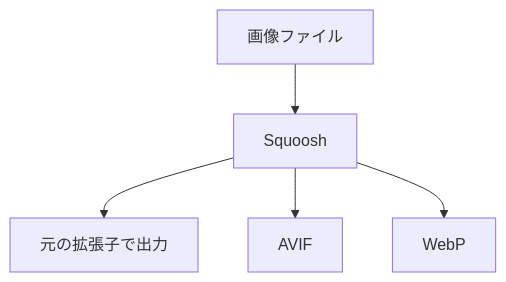
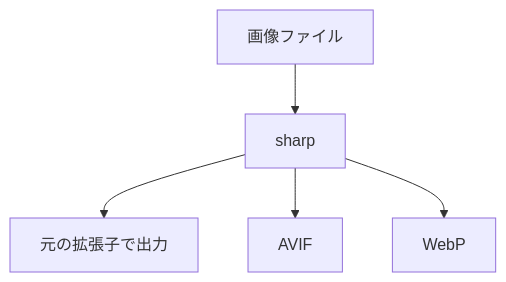
One commit to naoki-00-ito/image-conversion-multi-browser changed the diagram in README.md. Above: the diagram before and after it, drawn with Mermaid. The commit also changed other lines of this file and 13 other files, not shown here.

````diff
--- a/README.md
+++ b/README.md
@@ -6,7 +7,7 @@
 ```mermaid
 graph TD;
-    画像ファイル-->Squoosh;
-    Squoosh-->元の拡張子で出力;
-    Squoosh-->AVIF;
-    Squoosh-->WebP;
+    画像ファイル-->sharp;
+    sharp-->元の拡張子で出力;
+    sharp-->AVIF;
+    sharp-->WebP;
 ```
````
